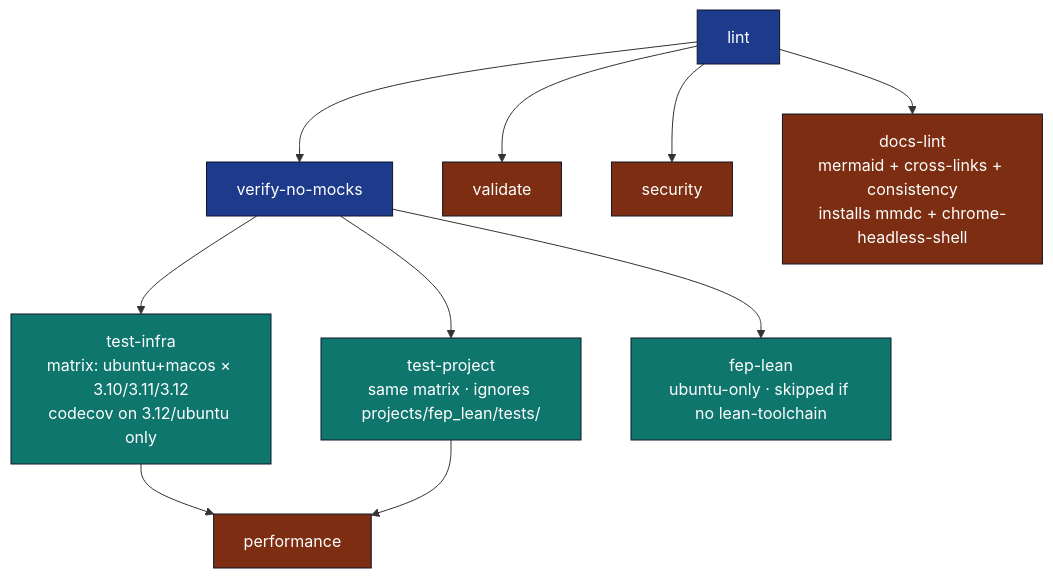
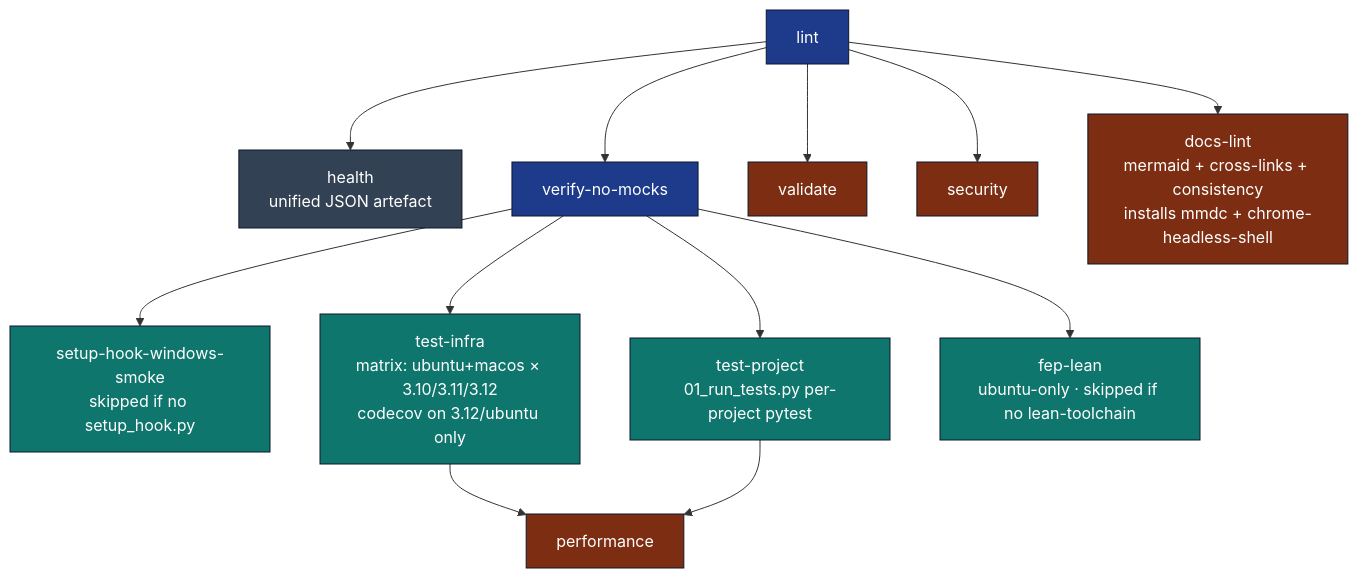
Before and after one commit to docxology/template: the second of 2 diagrams in .github/workflows/AGENTS.md, drawn with Mermaid. The commit also changed other lines of this file and 164 other files, not shown here.

````diff
--- a/.github/workflows/AGENTS.md
+++ b/.github/workflows/AGENTS.md
@@ -44,19 +44,23 @@
 ```mermaid
 flowchart TB
-    LINT[lint] --> VNM[verify-no-mocks]
+    LINT[lint] --> HEALTH[health<br/>unified JSON artefact]
+    LINT --> VNM[verify-no-mocks]
     LINT --> VAL[validate]
     LINT --> SEC[security]
     LINT --> DL[docs-lint<br/>mermaid + cross-links + consistency<br/>installs mmdc + chrome-headless-shell]
+    VNM --> SHW[setup-hook-windows-smoke<br/>skipped if no setup_hook.py]
     VNM --> TI[test-infra<br/>matrix: ubuntu+macos × 3.10/3.11/3.12<br/>codecov on 3.12/ubuntu only]
-    VNM --> TP[test-project<br/>same matrix · ignores projects/fep_lean/tests/]
+    VNM --> TP[test-project<br/>01_run_tests.py per-project pytest]
     VNM --> FL[fep-lean<br/>ubuntu-only · skipped if no lean-toolchain]
     TI --> PERF[performance]
     TP --> PERF
 
     classDef gate fill:#1e3a8a,stroke:#0f172a,color:#fff
     classDef matrix fill:#0f766e,stroke:#0f172a,color:#fff
     classDef terminal fill:#7c2d12,stroke:#0f172a,color:#fff
+    classDef info fill:#334155,stroke:#0f172a,color:#fff
     class LINT,VNM gate
-    class TI,TP,FL matrix
+    class TI,TP,FL,SHW matrix
     class VAL,SEC,DL,PERF terminal
+    class HEALTH info
 ```
````
